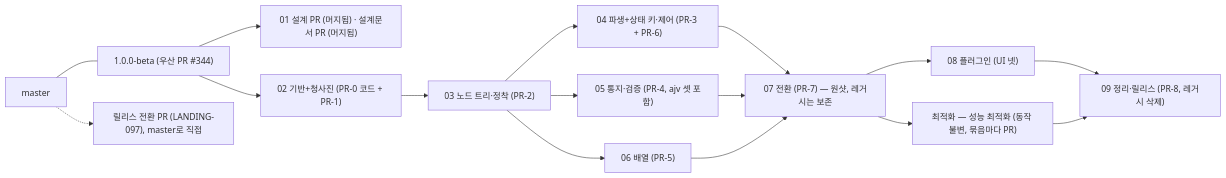
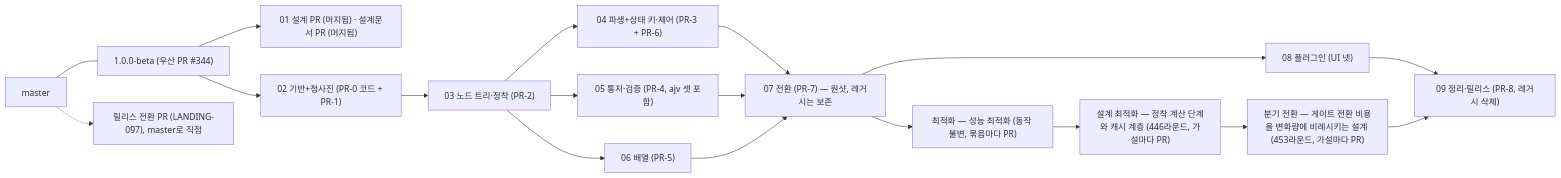
Before and after one commit to vincent-kk/albatrion: the diagram in packages/canard/schema-form/architecture/plan/README.md, drawn with Mermaid. The commit also changed other lines of this file and 4808 other files, not shown here.

First line of the commit message:
feat(schema-form): stage 8 review and performance (#445)

````diff
--- a/packages/canard/schema-form/architecture/plan/README.md
+++ b/packages/canard/schema-form/architecture/plan/README.md
@@ -21,18 +21,20 @@
 ```mermaid
 flowchart LR
   M[master] --- U["1.0.0-beta (우산 PR #344)"]
   U --> D["01 설계 PR (머지됨) · 설계문서 PR (머지됨)"]
   U --> A["02 기반+청사진 (PR-0 코드 + PR-1)"]
   A --> C["03 노드 트리·정착 (PR-2)"]
   C --> E["04 파생+상태 키·제어 (PR-3 + PR-6)"]
   C --> F["05 통지·검증 (PR-4, ajv 셋 포함)"]
   C --> G["06 배열 (PR-5)"]
   E --> S["07 전환 (PR-7) — 원샷, 레거시는 보존"]
   F --> S
   G --> S
   S --> P["08 플러그인 (UI 넷)"]
   S --> O["최적화 — 성능 최적화 (동작 불변, 묶음마다 PR)"]
   P --> R["09 정리·릴리스 (PR-8, 레거시 삭제)"]
-  O --> R
+  O --> X["설계 최적화 — 정착 계산 단계와 캐시 계층 (446라운드, 가설마다 PR)"]
+  X --> Y["분기 전환 — 게이트 전환 비용을 변화량에 비례시키는 설계 (453라운드, 가설마다 PR)"]
+  Y --> R
   M -.-> T["릴리스 전환 PR (LANDING-097), master로 직접"]
 ```
````
